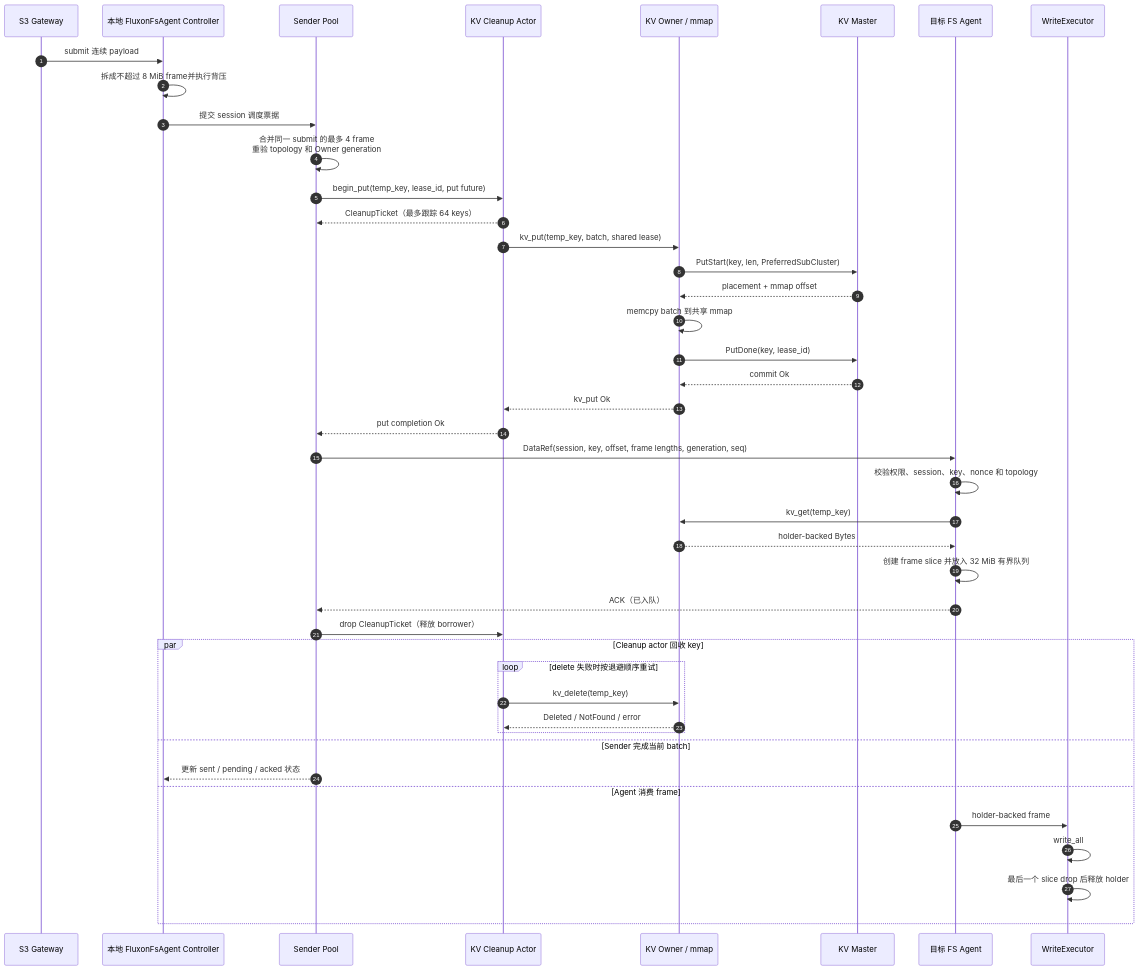
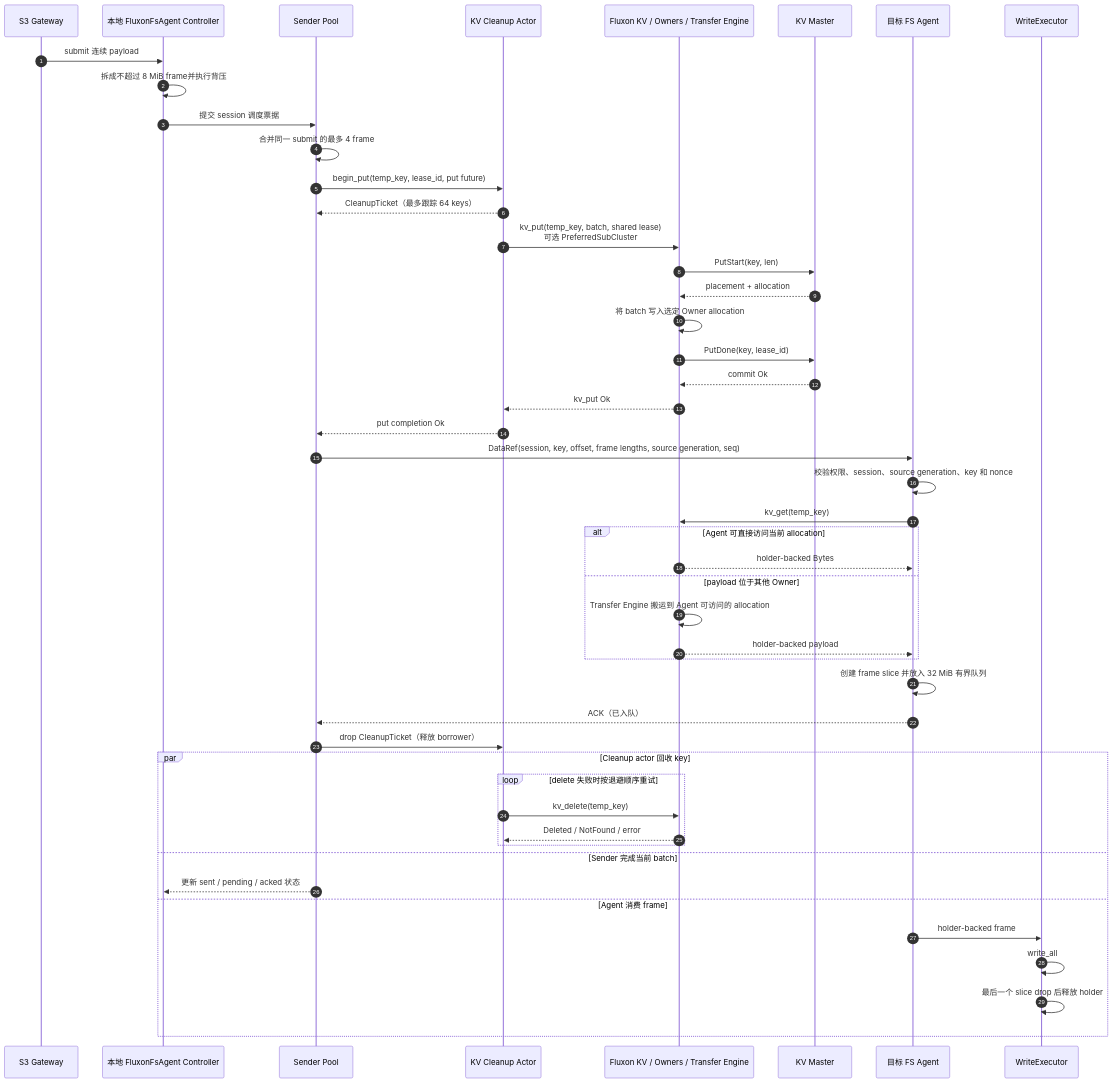
The ninth of 20 diagrams in fluxon_doc_cn/design/fs_s3_1_混合写入链路.md (Tele-AI/Fluxon), drawn with Mermaid before and after one commit. The commit also changed other lines of this file and 3 other files, not shown here.

````diff
--- a/fluxon_doc_cn/design/fs_s3_1_混合写入链路.md
+++ b/fluxon_doc_cn/design/fs_s3_1_混合写入链路.md
@@ -578,47 +570,52 @@
 ```mermaid
 sequenceDiagram
     autonumber
     participant G as S3 Gateway
     participant C as 本地 FluxonFsAgent Controller
     participant S as Sender Pool
     participant D as KV Cleanup Actor
-    participant O as KV Owner / mmap
+    participant K as Fluxon KV / Owners / Transfer Engine
     participant M as KV Master
     participant A as 目标 FS Agent
     participant W as WriteExecutor
 
     G->>C: submit 连续 payload
     C->>C: 拆成不超过 8 MiB frame并执行背压
     C->>S: 提交 session 调度票据
-    S->>S: 合并同一 submit 的最多 4 frame<br/>重验 topology 和 Owner generation
+    S->>S: 合并同一 submit 的最多 4 frame
     S->>D: begin_put(temp_key, lease_id, put future)
     D-->>S: CleanupTicket（最多跟踪 64 keys）
-    D->>O: kv_put(temp_key, batch, shared lease)
-    O->>M: PutStart(key, len, PreferredSubCluster)
-    M-->>O: placement + mmap offset
-    O->>O: memcpy batch 到共享 mmap
-    O->>M: PutDone(key, lease_id)
-    M-->>O: commit Ok
-    O-->>D: kv_put Ok
+    D->>K: kv_put(temp_key, batch, shared lease)<br/>可选 PreferredSubCluster
+    K->>M: PutStart(key, len)
+    M-->>K: placement + allocation
+    K->>K: 将 batch 写入选定 Owner allocation
+    K->>M: PutDone(key, lease_id)
+    M-->>K: commit Ok
+    K-->>D: kv_put Ok
     D-->>S: put completion Ok
-    S->>A: DataRef(session, key, offset, frame lengths, generation, seq)
-    A->>A: 校验权限、session、key、nonce 和 topology
-    A->>O: kv_get(temp_key)
-    O-->>A: holder-backed Bytes
+    S->>A: DataRef(session, key, offset, frame lengths, source generation, seq)
+    A->>A: 校验权限、session、source generation、key 和 nonce
+    A->>K: kv_get(temp_key)
+    alt Agent 可直接访问当前 allocation
+        K-->>A: holder-backed Bytes
+    else payload 位于其他 Owner
+        K->>K: Transfer Engine 搬运到 Agent 可访问的 allocation
+        K-->>A: holder-backed payload
+    end
     A->>A: 创建 frame slice 并放入 32 MiB 有界队列
     A-->>S: ACK（已入队）
     S->>D: drop CleanupTicket（释放 borrower）
 
     par Cleanup actor 回收 key
         loop delete 失败时按退避顺序重试
-            D->>O: kv_delete(temp_key)
-            O-->>D: Deleted / NotFound / error
+            D->>K: kv_delete(temp_key)
+            K-->>D: Deleted / NotFound / error
         end
     and Sender 完成当前 batch
         S-->>C: 更新 sent / pending / acked 状态
     and Agent 消费 frame
         A->>W: holder-backed frame
         W->>W: write_all
         W->>W: 最后一个 slice drop 后释放 holder
     end
 ```
````
